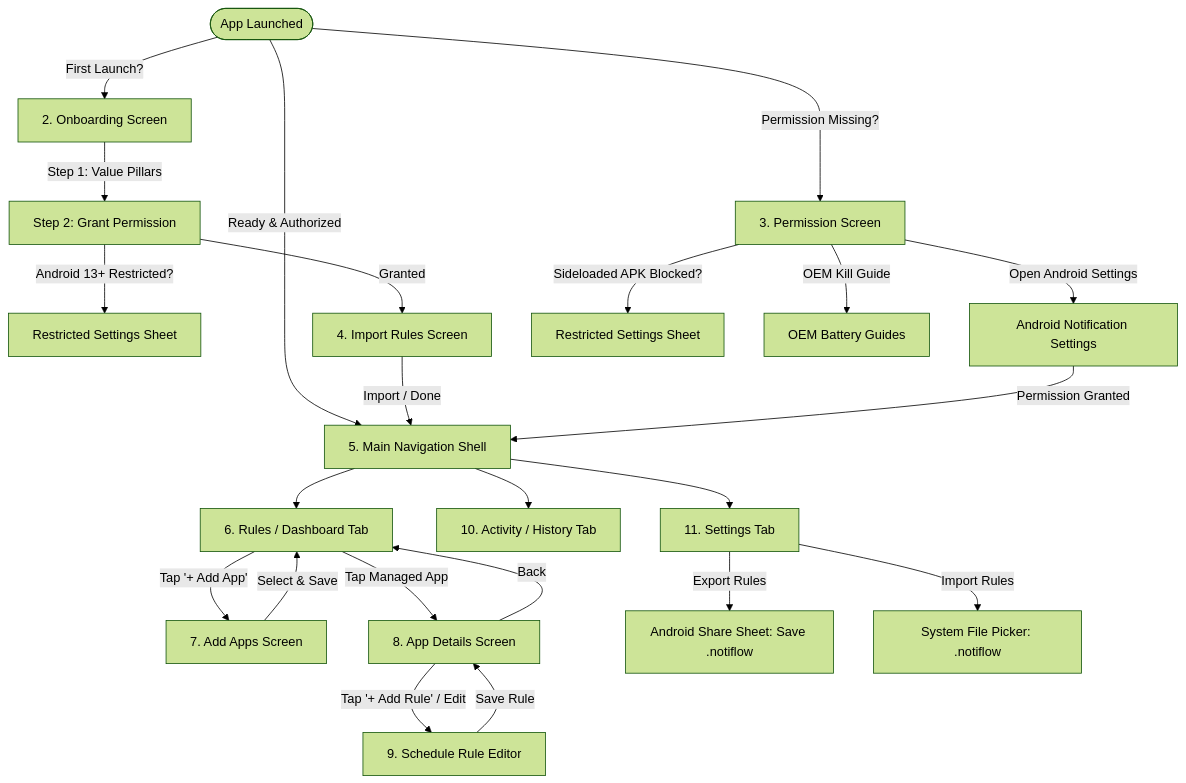
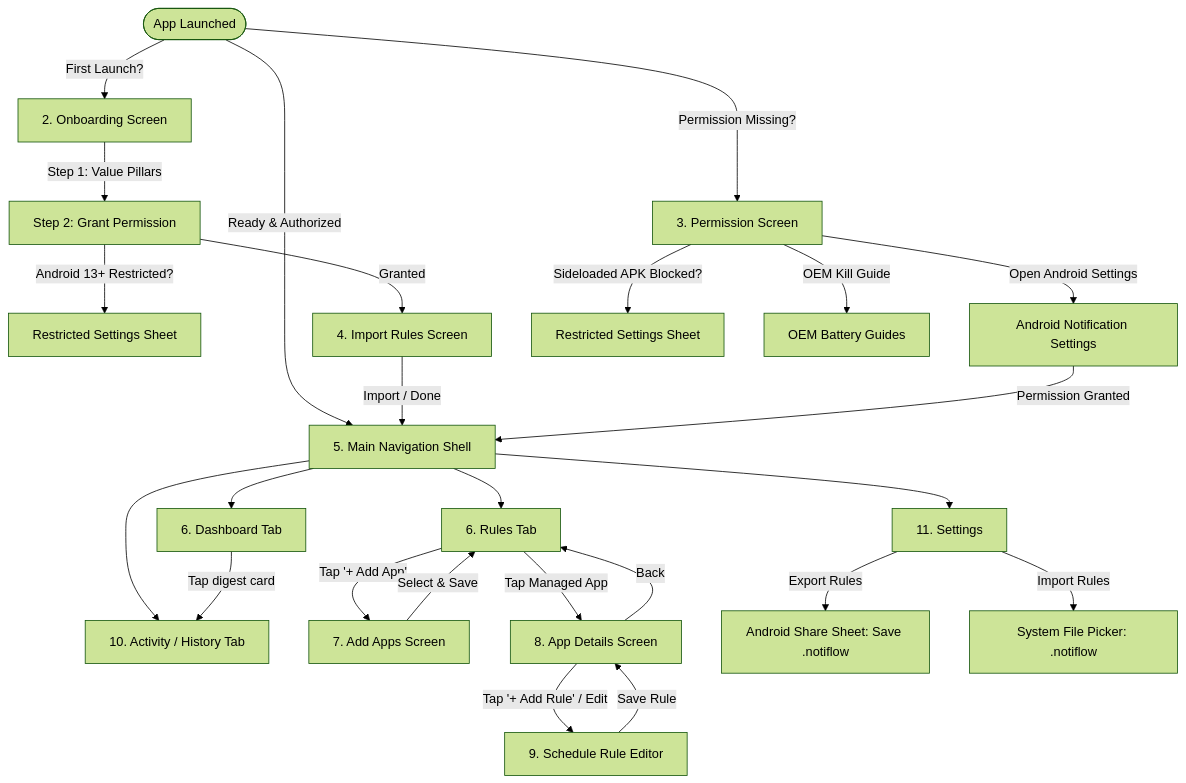
The diagram in APP_FEATURES.md (nawabrahbar/notiflow), drawn with Mermaid (forest theme) before and after one commit. The commit also changed other lines of this file and 78 other files, not shown here.

````diff
--- a/APP_FEATURES.md
+++ b/APP_FEATURES.md
@@ -52,37 +52,39 @@
 ```mermaid
 flowchart TD
     Start([App Launched]) -->|First Launch?| Onboarding[2. Onboarding Screen]
     Start -->|Permission Missing?| Perm[3. Permission Screen]
     Start -->|Ready & Authorized| Shell[5. Main Navigation Shell]
     
     %% Onboarding Flow
     Onboarding -->|Step 1: Value Pillars| OnboardingStep2[Step 2: Grant Permission]
     OnboardingStep2 -->|Android 13+ Restricted?| Sheet1[Restricted Settings Sheet]
     OnboardingStep2 -->|Granted| ImportRules[4. Import Rules Screen]
     ImportRules -->|Import / Done| Shell
     
     %% Permission Recovery Flow
     Perm -->|Open Android Settings| SystemPerm[Android Notification Settings]
     Perm -->|Sideloaded APK Blocked?| Sheet2[Restricted Settings Sheet]
     Perm -->|OEM Kill Guide| BatteryTips[OEM Battery Guides]
     SystemPerm -->|Permission Granted| Shell
     
     %% Main Tabs Flow
-    Shell --> Tab1[6. Rules / Dashboard Tab]
+    Shell --> Tab0[6. Dashboard Tab]
+    Shell --> Tab1[6. Rules Tab]
     Shell --> Tab2[10. Activity / History Tab]
-    Shell --> Tab3[11. Settings Tab]
+    Shell --> Tab3[11. Settings]
+    Tab0 -->|Tap digest card| Tab2
     
     %% Dashboard Sub-flows
     Tab1 -->|Tap '+ Add App'| AddApps[7. Add Apps Screen]
     AddApps -->|Select & Save| Tab1
     Tab1 -->|Tap Managed App| AppDetails[8. App Details Screen]
     
     %% App Details & Editor Sub-flows
     AppDetails -->|Tap '+ Add Rule' / Edit| Editor[9. Schedule Rule Editor]
     Editor -->|Save Rule| AppDetails
     AppDetails -->|Back| Tab1
     
     %% Settings Sub-flows
     Tab3 -->|Export Rules| ExportSheet[Android Share Sheet: Save .notiflow]
     Tab3 -->|Import Rules| FilePicker[System File Picker: .notiflow]
 ```
````
